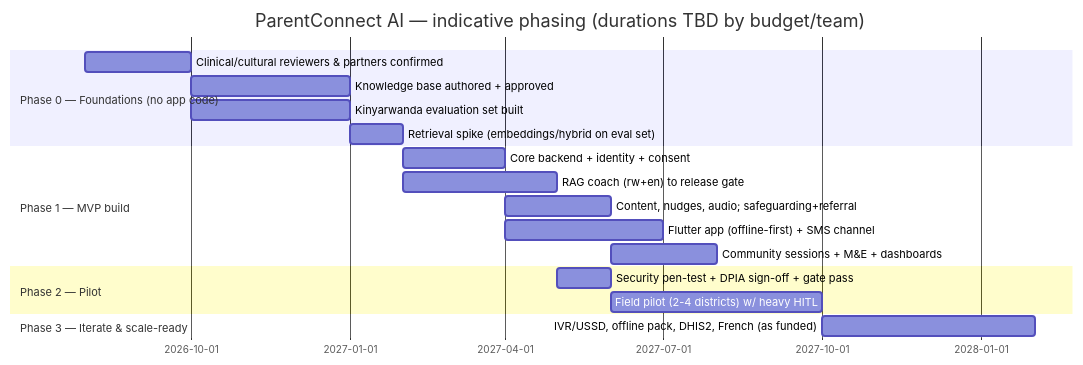
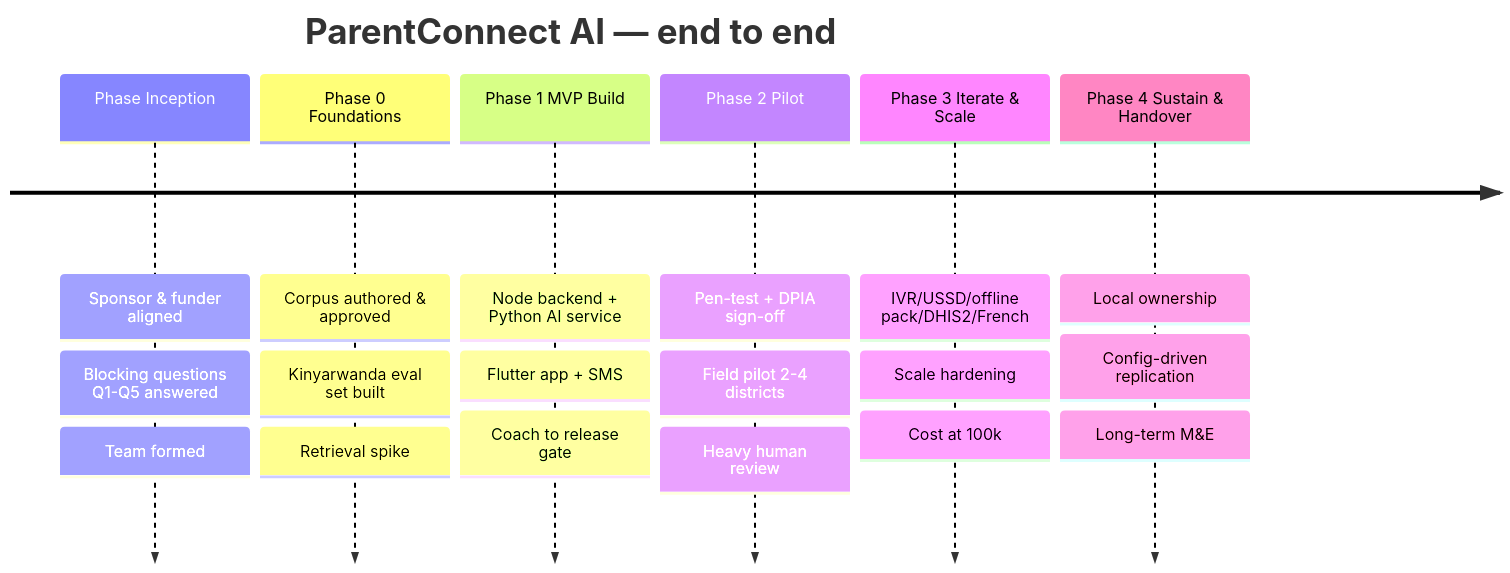
Before and after one commit to kingblessolivier/ParentConnect_AI: the first of 2 diagrams in docs/delivery/roadmap.md, drawn with Mermaid. The commit also changed other lines of this file and 2 other files, not shown here.

First line of the commit message:
docs: add CHANGELOG and full end-to-end roadmap

````diff
--- a/docs/delivery/roadmap.md
+++ b/docs/delivery/roadmap.md
@@ -15,21 +13,10 @@
 ```mermaid
-gantt
-    dateFormat YYYY-MM
-    title ParentConnect AI — indicative phasing (durations TBD by budget/team)
-    section Phase 0 — Foundations (no app code)
-    Clinical/cultural reviewers & partners confirmed :p0a, 2026-08, 2M
-    Knowledge base authored + approved              :p0b, after p0a, 3M
-    Kinyarwanda evaluation set built                :p0c, after p0a, 3M
-    Retrieval spike (embeddings/hybrid on eval set) :p0d, after p0c, 1M
-    section Phase 1 — MVP build
-    Core backend + identity + consent               :p1a, after p0d, 2M
-    RAG coach (rw+en) to release gate               :p1b, after p0d, 3M
-    Content, nudges, audio; safeguarding+referral   :p1c, after p1a, 2M
-    Flutter app (offline-first) + SMS channel        :p1d, after p1a, 3M
-    Community sessions + M&E + dashboards           :p1e, after p1c, 2M
-    section Phase 2 — Pilot
-    Security pen-test + DPIA sign-off + gate pass    :p2a, after p1b, 1M
-    Field pilot (2-4 districts) w/ heavy HITL        :p2b, after p2a, 4M
-    section Phase 3 — Iterate & scale-ready
-    IVR/USSD, offline pack, DHIS2, French (as funded):p3a, after p2b, 4M
+timeline
+    title ParentConnect AI — end to end
+    Phase Inception : Sponsor & funder aligned : Blocking questions Q1-Q5 answered : Team formed
+    Phase 0 Foundations : Corpus authored & approved : Kinyarwanda eval set built : Retrieval spike
+    Phase 1 MVP Build : Node backend + Python AI service : Flutter app + SMS : Coach to release gate
+    Phase 2 Pilot : Pen-test + DPIA sign-off : Field pilot 2-4 districts : Heavy human review
+    Phase 3 Iterate & Scale : IVR/USSD/offline pack/DHIS2/French : Scale hardening : Cost at 100k
+    Phase 4 Sustain & Handover : Local ownership : Config-driven replication : Long-term M&E
 ```
````
